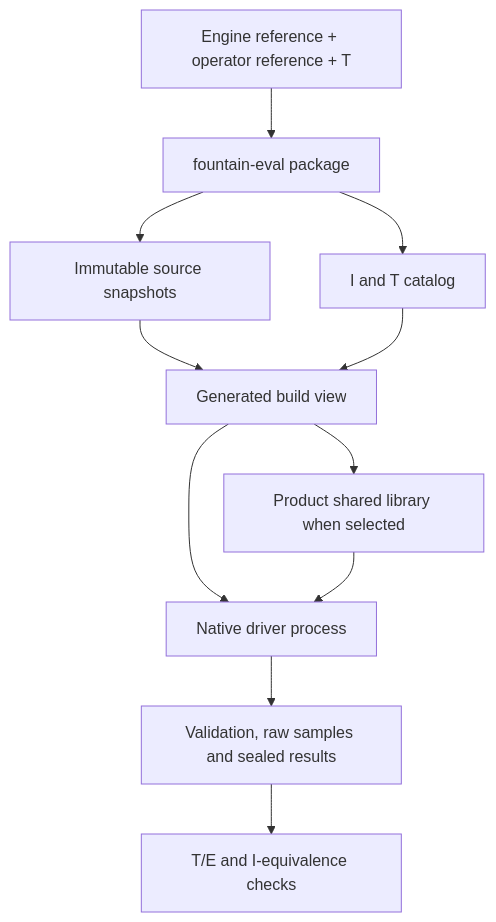
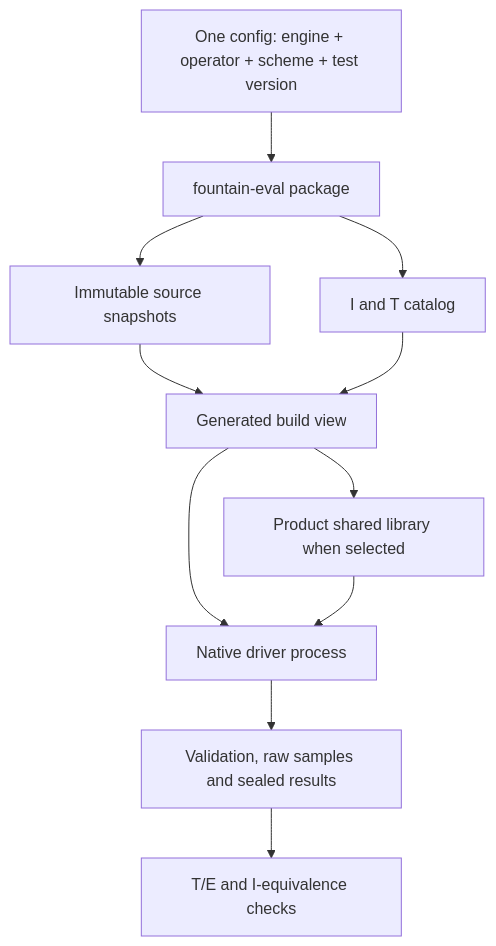
One commit to Gideon-0709/fountain_eval changed the diagram in DESIGN.md. Above: the diagram before and after it, drawn with Mermaid. The commit also changed other lines of this file and 31 other files, not shown here.

Commit message:
Add unified config and complete test catalog execution

````diff
--- a/DESIGN.md
+++ b/DESIGN.md
@@ -40,13 +40,13 @@
 ```mermaid
 flowchart TD
-  User[Engine reference + operator reference + T] --> Eval[fountain-eval package]
+  User[One config: engine + operator + scheme + test version] --> Eval[fountain-eval package]
   Eval --> Frozen[Immutable source snapshots]
   Eval --> Registry[I and T catalog]
   Frozen --> View[Generated build view]
   Registry --> View
   View --> Driver[Native driver process]
   View --> Product[Product shared library when selected]
   Product --> Driver
   Driver --> Evidence[Validation, raw samples and sealed results]
   Evidence --> Compare[T/E and I-equivalence checks]
 ```
````
